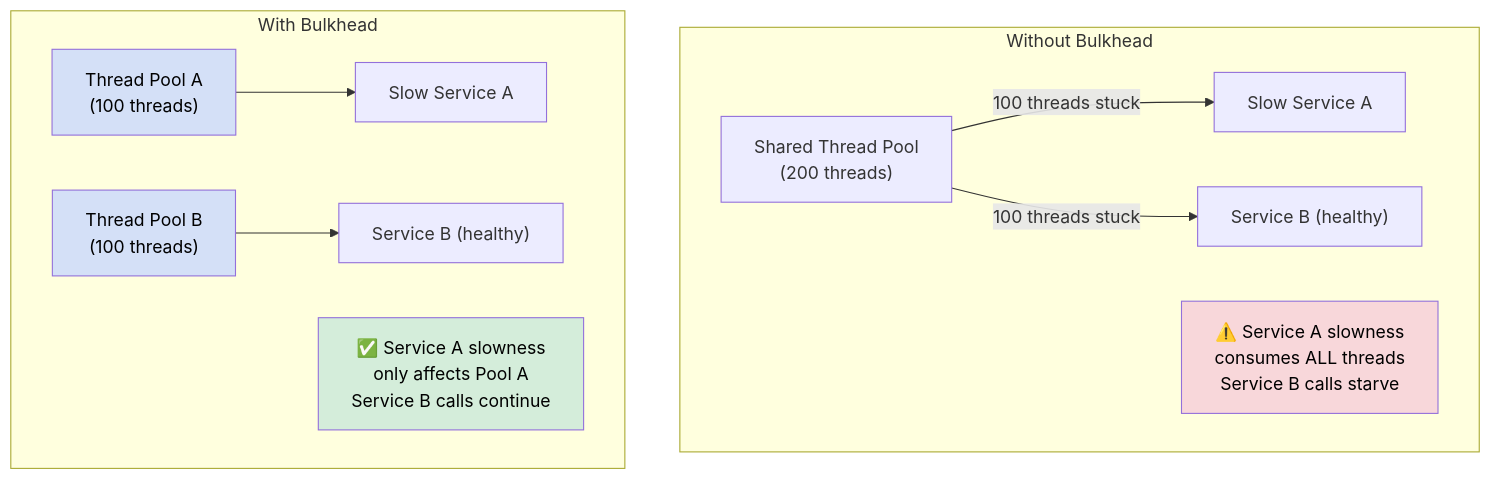
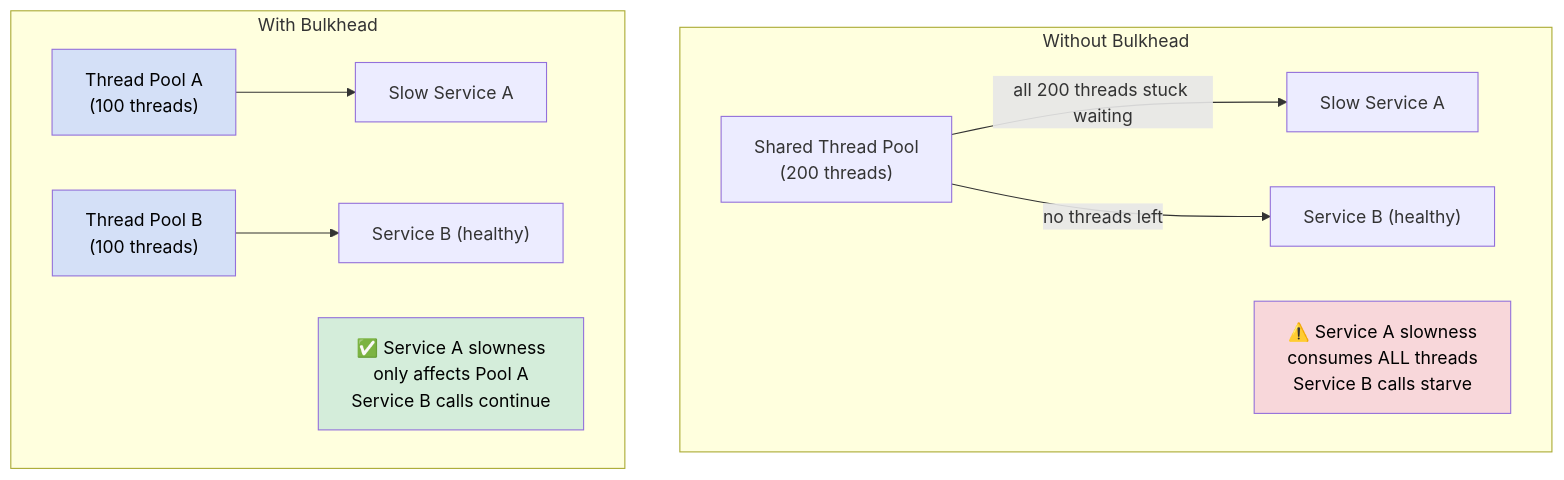
One commit to Ankan1998/learn-system-design changed the fourth of 6 diagrams in Level-05-Architecture-Patterns/06-Resilience-Patterns/README.md. Above: the diagram before and after it, drawn with Mermaid. The commit also changed other lines of this file and 139 other files, not shown here.

````diff
--- a/Level-05-Architecture-Patterns/06-Resilience-Patterns/README.md
+++ b/Level-05-Architecture-Patterns/06-Resilience-Patterns/README.md
@@ -158,20 +158,20 @@
 ```mermaid
 graph TD
     subgraph "Without Bulkhead"
         TP1["Shared Thread Pool<br/>(200 threads)"]
-        TP1 -->|100 threads stuck| SvcA["Slow Service A"]
-        TP1 -->|100 threads stuck| SvcB["Service B (healthy)"]
+        TP1 -->|"all 200 threads stuck waiting"| SvcA["Slow Service A"]
+        TP1 -->|"no threads left"| SvcB["Service B (healthy)"]
         Note1["⚠️ Service A slowness<br/>consumes ALL threads<br/>Service B calls starve"]
     end
 
     subgraph "With Bulkhead"
         TP2["Thread Pool A<br/>(100 threads)"] --> SvcA2["Slow Service A"]
         TP3["Thread Pool B<br/>(100 threads)"] --> SvcB2["Service B (healthy)"]
         Note2["✅ Service A slowness<br/>only affects Pool A<br/>Service B calls continue"]
     end
 
     style Note1 fill:#f8d7da,color:#000
     style Note2 fill:#d4edda,color:#000
     style TP2 fill:#d4e0f7,color:#000
     style TP3 fill:#d4e0f7,color:#000
 ```
````
